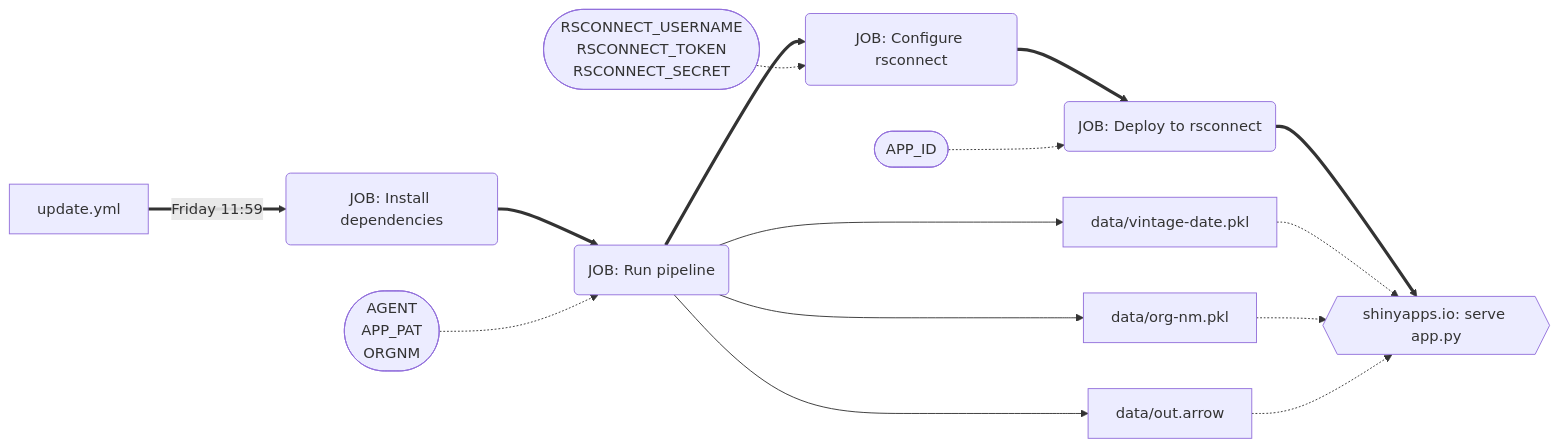
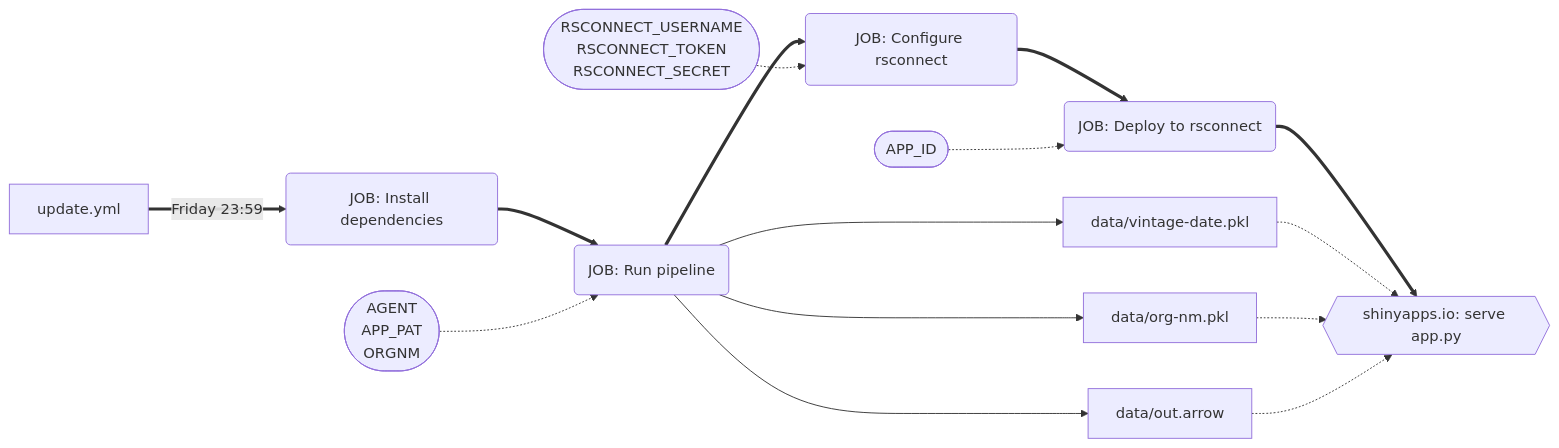
Before and after one commit to r-leyshon/org-issue-tool: the diagram in README.md, drawn with Mermaid.

Commit message:
Update README.md 24hr format

````diff
--- a/README.md
+++ b/README.md
@@ -11,18 +11,18 @@
 ```mermaid
 flowchart LR
-    A[update.yml] ==>|Friday 11:59| B(JOB: Install dependencies)
+    A[update.yml] ==>|Friday 23:59| B(JOB: Install dependencies)
     B ==> C(JOB: Run pipeline)
     C --> D[data/vintage-date.pkl]
     C --> E[data/org-nm.pkl]
     C --> F[data/out.arrow]
     G([AGENT\nAPP_PAT\nORGNM]) -.-> C
     C ==> H(JOB: Configure rsconnect)
     I([RSCONNECT_USERNAME\nRSCONNECT_TOKEN\nRSCONNECT_SECRET]) -.-> H
     H ==> J(JOB: Deploy to rsconnect)
     K([APP_ID]) -.-> J
     J ==> L{{shinyapps.io: serve app.py}}
     D -.-> L
     E -.-> L
     F -.-> L
 
 ```
````
